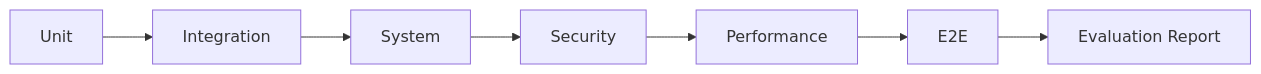
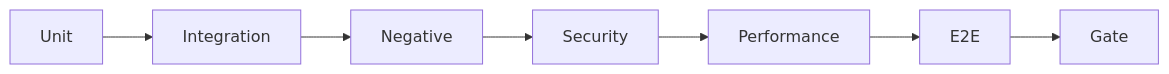
The fourth of 5 diagrams in PHASE/16_TESTING_EVALUATION.md (Ratandeep-purohit/OmniSense-AI), drawn with Mermaid before and after one commit. The commit also changed other lines of this file, not shown here.

````diff
--- a/PHASE/16_TESTING_EVALUATION.md
+++ b/PHASE/16_TESTING_EVALUATION.md
@@ -18,16 +1685,4 @@
 ```mermaid
 flowchart LR
-A0[Unit]
-A1[Integration]
-A2[System]
-A3[Security]
-A4[Performance]
-A5[E2E]
-A6[Evaluation Report]
-A0 --> A1
-A1 --> A2
-A2 --> A3
-A3 --> A4
-A4 --> A5
-A5 --> A6
+U[Unit] --> I[Integration] --> N[Negative] --> S[Security] --> P[Performance] --> E[E2E] --> G[Gate]
 ```
````
